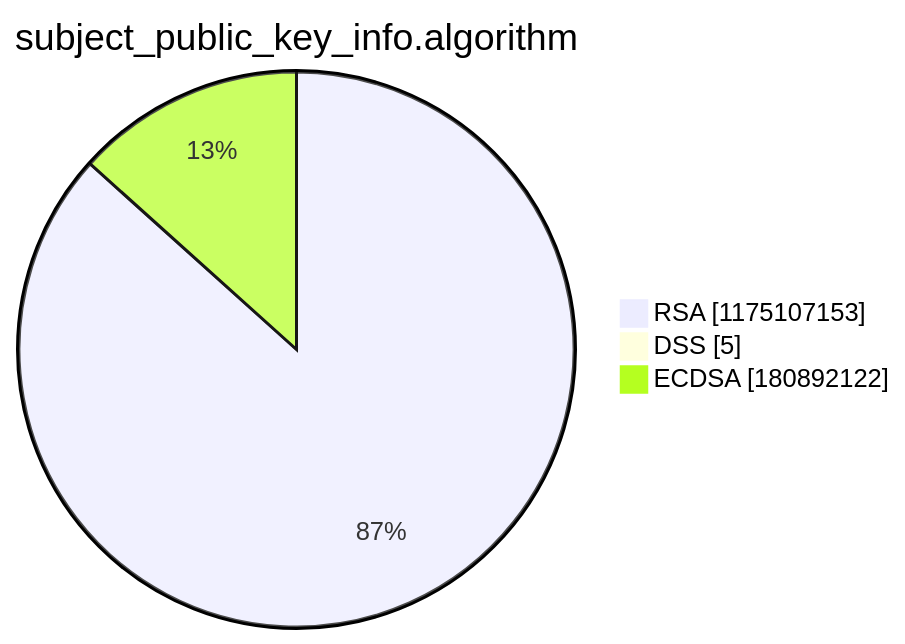
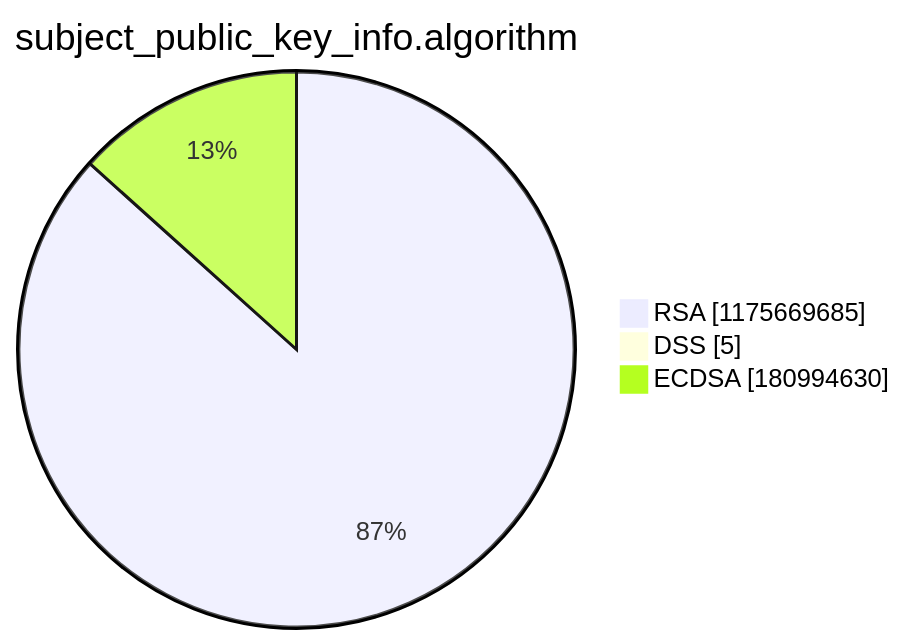
The third of 15 diagrams in argon2022/README.md (christiankrug/ctmonitor_visualization), drawn with Mermaid before and after one commit. The commit also changed other lines of this file, not shown here.

````diff
--- a/argon2022/README.md
+++ b/argon2022/README.md
@@ -14,7 +14,7 @@
 ```mermaid
 pie showData
 title subject_public_key_info.algorithm
-"RSA" :1175107153
+"RSA" :1175669685
 "DSS" :5
-"ECDSA" :180892122
+"ECDSA" :180994630
 ```
````
